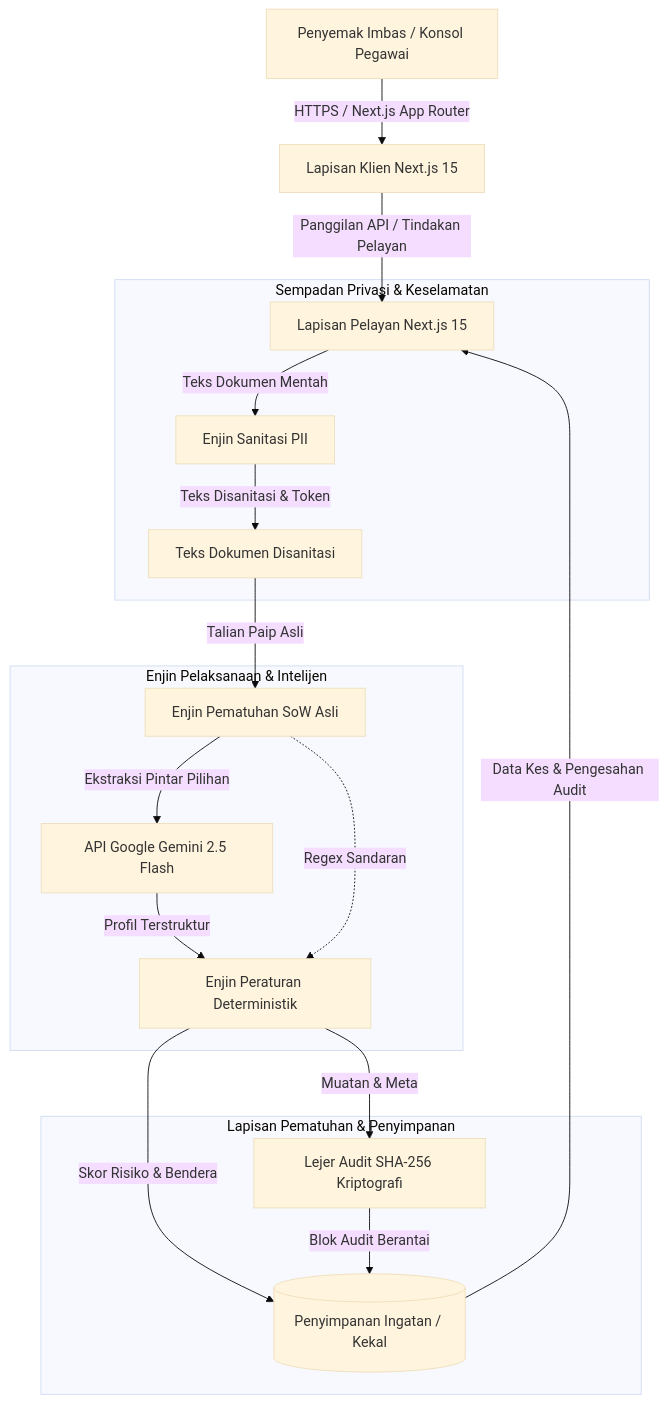
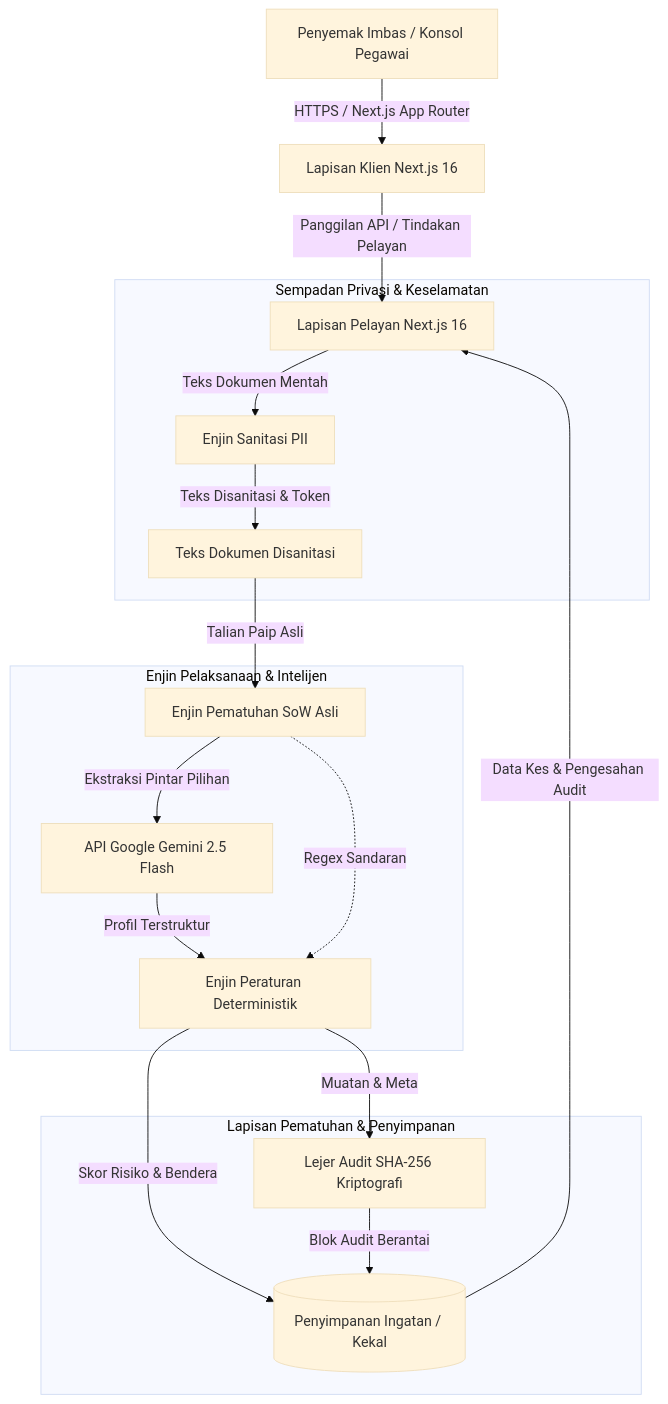
Before and after one commit to khaizafron/luxera-provenance: the first of 5 diagrams in README.ms.md, drawn with Mermaid (base theme). The commit also changed other lines of this file and 7 other files, not shown here.

````diff
--- a/README.ms.md
+++ b/README.ms.md
@@ -210,25 +210,25 @@
 ```mermaid
 graph TD
-    User[Penyemak Imbas / Konsol Pegawai] -->|HTTPS / Next.js App Router| Frontend[Lapisan Klien Next.js 15]
-    Frontend -->|Panggilan API / Tindakan Pelayan| Server[Lapisan Pelayan Next.js 15]
+    User[Penyemak Imbas / Konsol Pegawai] -->|HTTPS / Next.js App Router| Frontend[Lapisan Klien Next.js 16]
+    Frontend -->|Panggilan API / Tindakan Pelayan| Server[Lapisan Pelayan Next.js 16]
     
     subgraph Sempadan Privasi & Keselamatan
         Server -->|Teks Dokumen Mentah| PII[Enjin Sanitasi PII]
         PII -->|Teks Disanitasi & Token| RedactedText[Teks Dokumen Disanitasi]
     end
     
     subgraph Enjin Pelaksanaan & Intelijen
         RedactedText -->|Talian Paip Asli| Engine[Enjin Pematuhan SoW Asli]
         Engine -->|Ekstraksi Pintar Pilihan| Gemini[API Google Gemini 2.5 Flash]
         Gemini -->|Profil Terstruktur| Rules[Enjin Peraturan Deterministik]
         Engine -.->|Regex Sandaran| Rules
     end
     
     subgraph Lapisan Pematuhan & Penyimpanan
         Rules -->|Skor Risiko & Bendera| Store[(Penyimpanan Ingatan / Kekal)]
         Rules -->|Muatan & Meta| Ledger[Lejer Audit SHA-256 Kriptografi]
         Ledger -->|Blok Audit Berantai| Store
     end
 
     Store -->|Data Kes & Pengesahan Audit| Server
 ```
````
